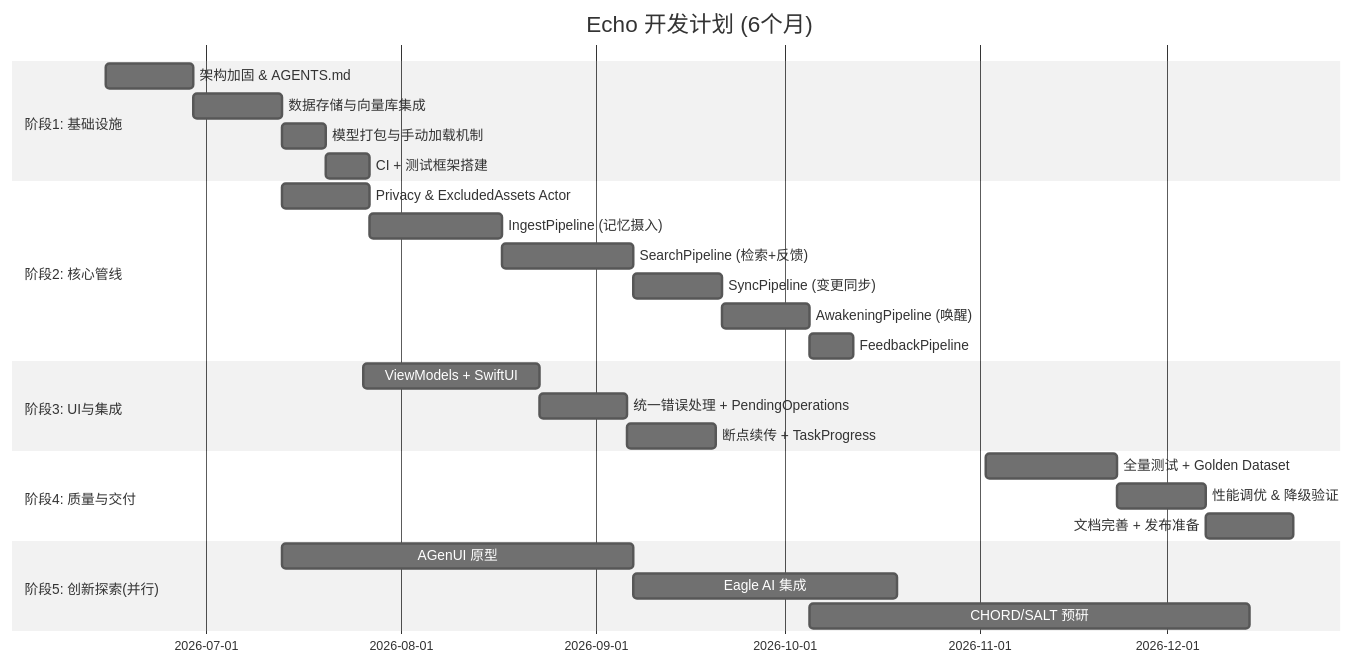
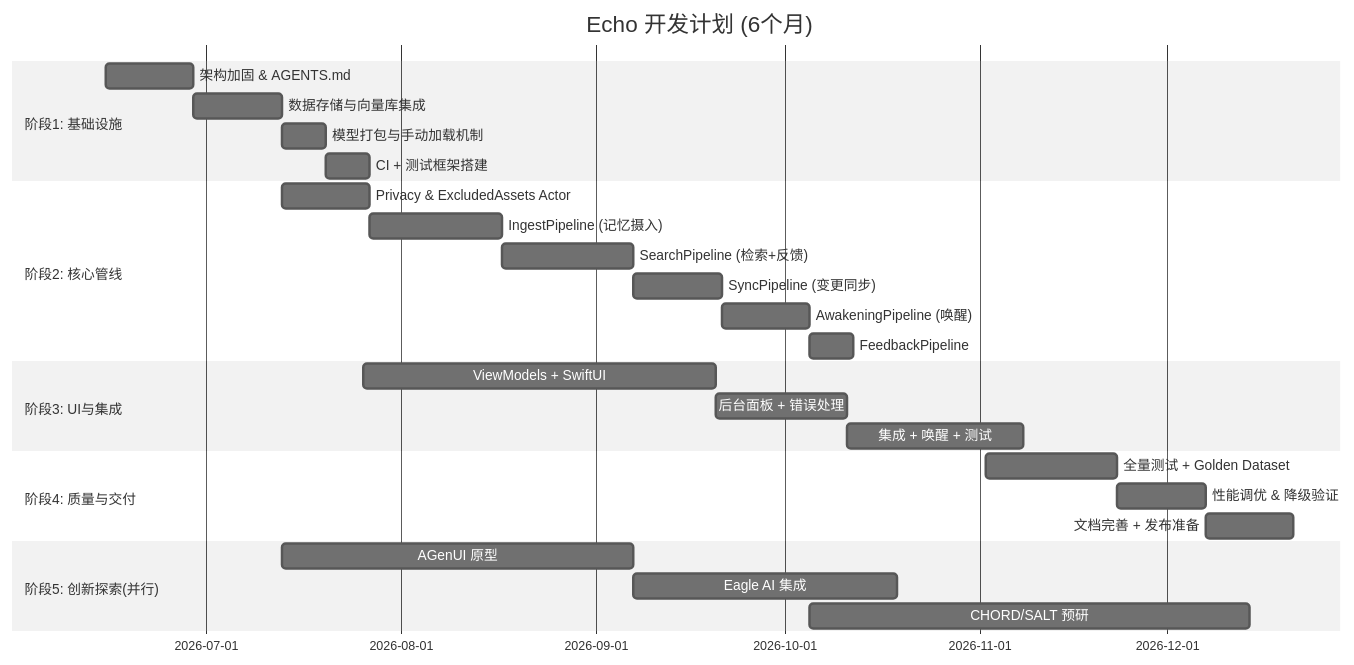
The first of 3 diagrams in docs/05-planning/开发计划安排文档.md (logan-suu/Echo), drawn with Mermaid (neutral theme) before and after one commit. The commit also changed other lines of this file and 2 other files, not shown here.

Commit message:
fix: address PR #27 review feedback
- AGENTS.md: fix duplicate §17 section numbering (17.4/17.6→17.5-17.8)
- AGENTS.md: add UIAutomation/ and .ui-automation/ to §10.1 directory structure
- README.md: fix AGENTS.md version ref v5.18→v5.19
- 开发计划安排文档: remove duplicate M6 milestone row
- 开发计划安排文档: update Gantt chart to reflect 13-task timeline (8w+3w+4w)

Addresses PR review feedback:
- 🔴 #1: duplicate §17 section numbers
- 🔴 #2: duplicate M6 milestone
- 🔴 #3: stale version reference
- 🟡 #4: Gantt chart timeline mismatch
- 🟡 #5: missing UIAutomation in directory structure

````diff
--- a/docs/05-planning/开发计划安排文档.md
+++ b/docs/05-planning/开发计划安排文档.md
@@ -31,29 +31,29 @@
 ```mermaid
 gantt
     title Echo 开发计划 (6个月)
     dateFormat YYYY-MM-DD
     section 阶段1: 基础设施
     架构加固 & AGENTS.md          :a1, 2026-06-15, 2w
     数据存储与向量库集成           :a2, after a1, 2w
     模型打包与手动加载机制         :a3, after a2, 1w
     CI + 测试框架搭建              :a4, after a3, 1w
     section 阶段2: 核心管线
     Privacy & ExcludedAssets Actor :b1, 2026-07-13, 2w
     IngestPipeline (记忆摄入)      :b2, after b1, 3w
     SearchPipeline (检索+反馈)     :b3, after b2, 3w
     SyncPipeline (变更同步)        :b4, after b3, 2w
     AwakeningPipeline (唤醒)       :b5, after b4, 2w
     FeedbackPipeline               :b6, after b5, 1w
     section 阶段3: UI与集成
-    ViewModels + SwiftUI           :c1, 2026-07-26, 4w
-    统一错误处理 + PendingOperations :c2, after c1, 2w
-    断点续传 + TaskProgress        :c3, after c2, 2w
+    ViewModels + SwiftUI           :c1, 2026-07-26, 8w
+    后台面板 + 错误处理             :c2, after c1, 3w
+    集成 + 唤醒 + 测试              :c3, after c2, 4w
     section 阶段4: 质量与交付
     全量测试 + Golden Dataset      :d1, 2026-11-02, 3w
     性能调优 & 降级验证            :d2, after d1, 2w
     文档完善 + 发布准备            :d3, after d2, 2w
     section 阶段5: 创新探索(并行)
     AGenUI 原型                    :e1, 2026-07-13, 8w
     Eagle AI 集成                  :e2, 2026-09-07, 6w
     CHORD/SALT 预研                :e3, 2026-10-05, 10w
 ```
````
